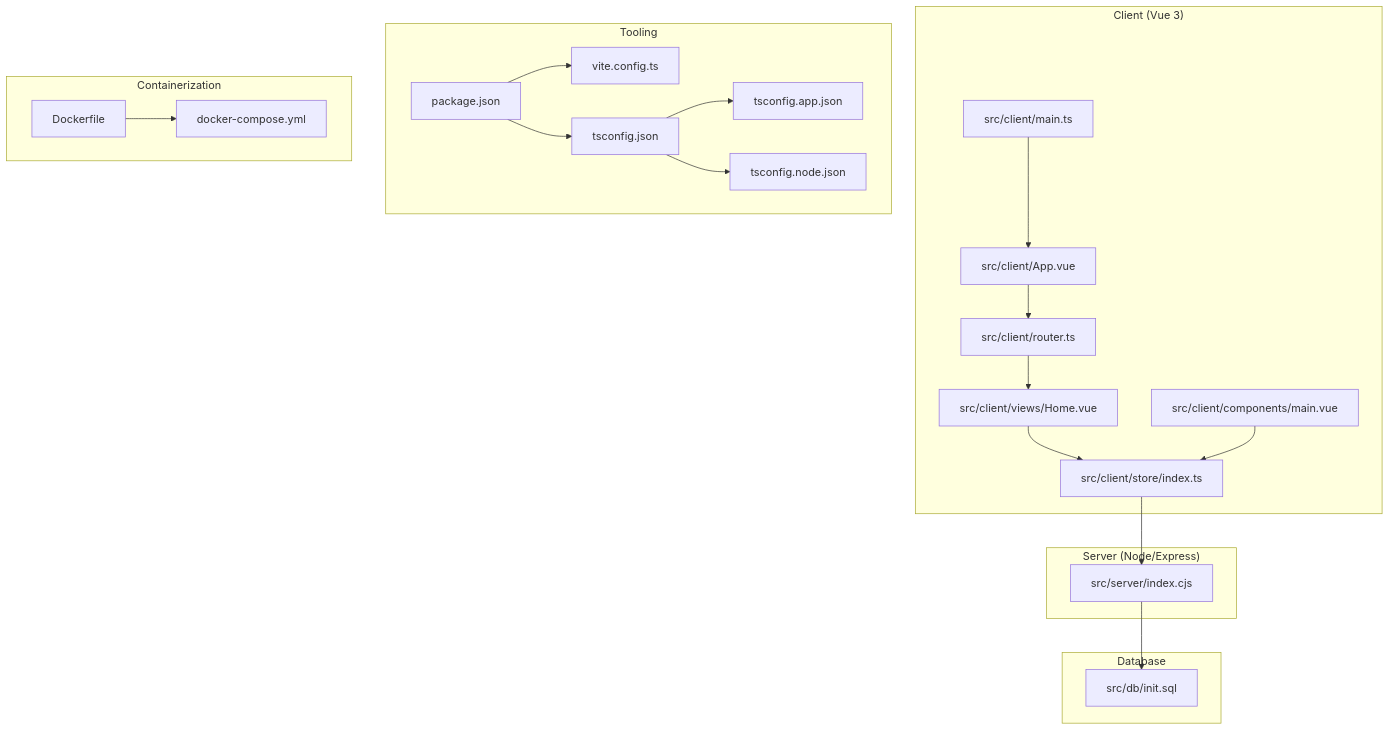
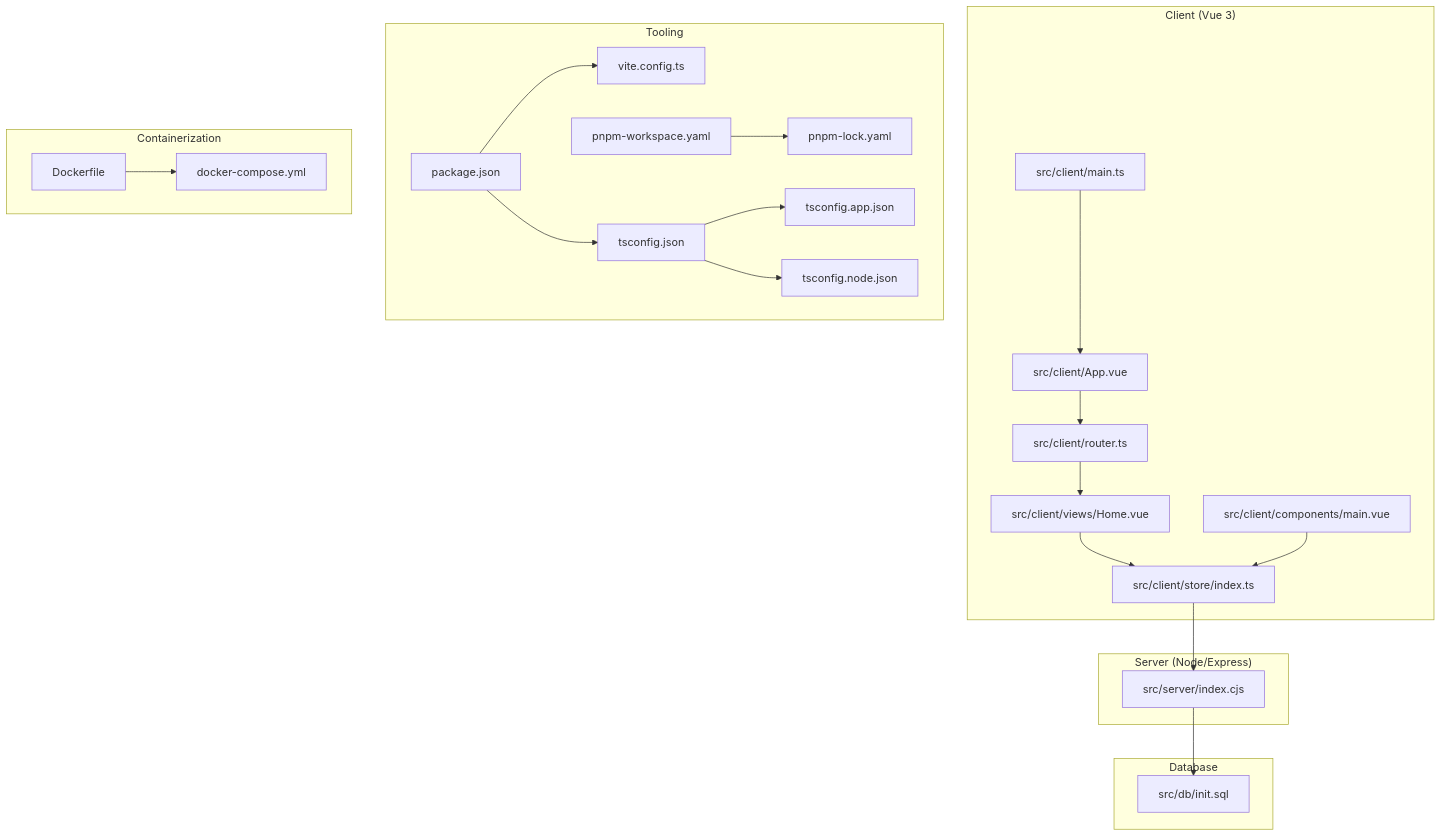
One commit to xinyo/startora changed the first of 9 diagrams in .qoder/repowiki/en/content/Development Workflow/Development Workflow.md. Above: the diagram before and after it, drawn with Mermaid. The commit also changed other lines of this file and 19 other files, not shown here.

````diff
--- a/.qoder/repowiki/en/content/Development Workflow/Development Workflow.md
+++ b/.qoder/repowiki/en/content/Development Workflow/Development Workflow.md
@@ -44,40 +58,43 @@
 ```mermaid
 graph TB
 subgraph "Client (Vue 3)"
 C_main["src/client/main.ts"]
 C_app["src/client/App.vue"]
 C_router["src/client/router.ts"]
 C_store["src/client/store/index.ts"]
 C_home["src/client/views/Home.vue"]
 C_main_comp["src/client/components/main.vue"]
 end
 subgraph "Server (Node/Express)"
 S_index["src/server/index.cjs"]
 end
 subgraph "Database"
 DB_init["src/db/init.sql"]
 end
 subgraph "Tooling"
 Pkg["package.json"]
+Pnpm["pnpm-workspace.yaml"]
+PnpmLock["pnpm-lock.yaml"]
 VCfg["vite.config.ts"]
 TSRoot["tsconfig.json"]
 TSApp["tsconfig.app.json"]
 TSNode["tsconfig.node.json"]
 end
 subgraph "Containerization"
 Df["Dockerfile"]
 Dc["docker-compose.yml"]
 end
 C_main --> C_app
 C_app --> C_router
 C_router --> C_home
 C_home --> C_store
 C_main_comp --> C_store
 C_store --> S_index
 S_index --> DB_init
 Pkg --> VCfg
 Pkg --> TSRoot
+Pnpm --> PnpmLock
 TSRoot --> TSApp
 TSRoot --> TSNode
 Df --> Dc
 ```
````
